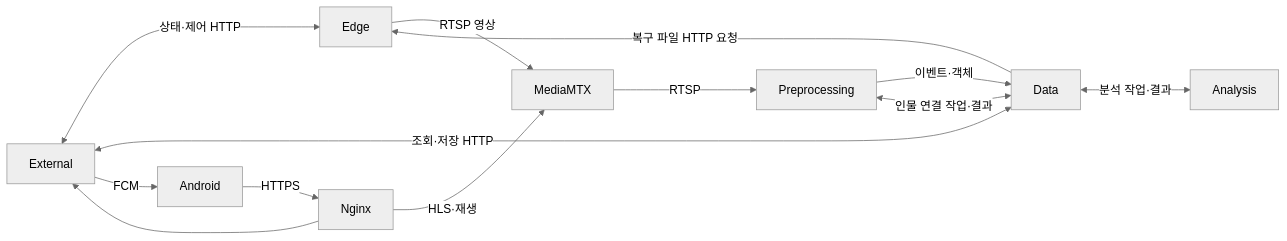
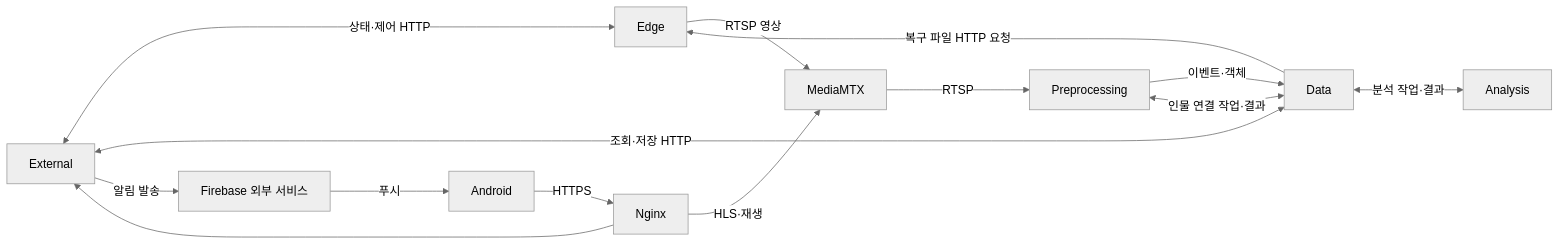
One commit to Eye-O-T/new_structure changed the diagram in docs/architecture.md. Above: the diagram before and after it, drawn with Mermaid (neutral theme). The commit also changed other lines of this file and 14 other files, not shown here.

````diff
--- a/docs/architecture.md
+++ b/docs/architecture.md
@@ -22,15 +22,16 @@
 ```mermaid
 flowchart LR
     Edge -->|RTSP 영상| MediaMTX
     MediaMTX -->|RTSP| Preprocessing
     Preprocessing -->|이벤트·객체| Data
     Data <-->|인물 연결 작업·결과| Preprocessing
     Data <-->|분석 작업·결과| Analysis
     External <-->|상태·제어 HTTP| Edge
     Data -->|복구 파일 HTTP 요청| Edge
     External <-->|조회·저장 HTTP| Data
     App[Android] -->|HTTPS| Nginx
     Nginx --> External
     Nginx -->|HLS·재생| MediaMTX
-    External -->|FCM| App
+    External -->|알림 발송| FCM[Firebase 외부 서비스]
+    FCM -->|푸시| App
 ```
````
